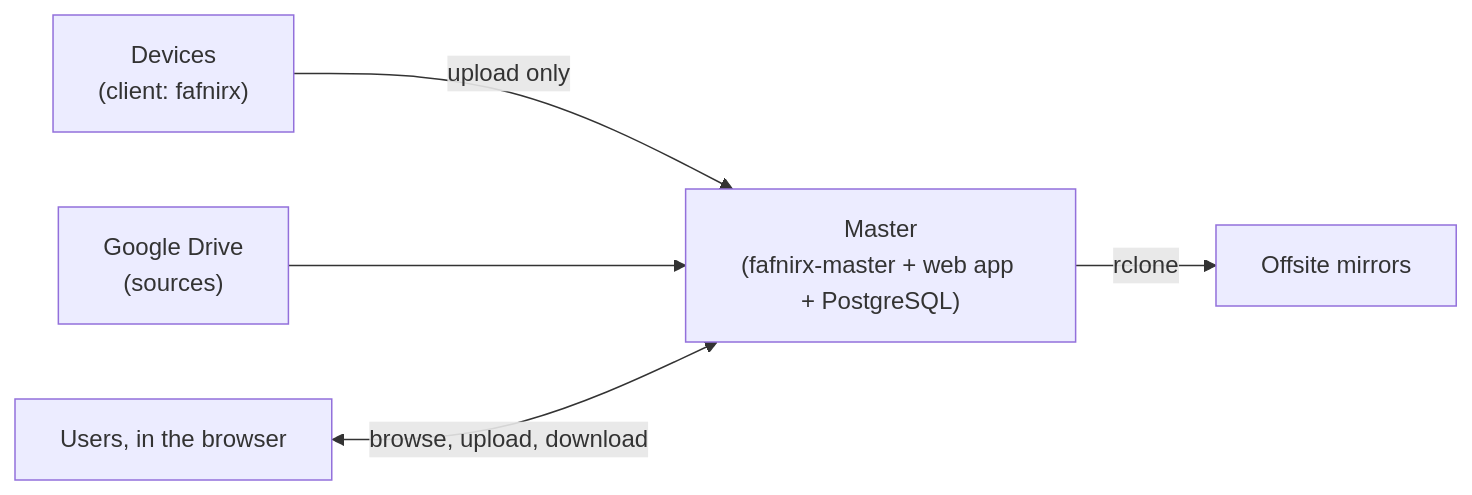
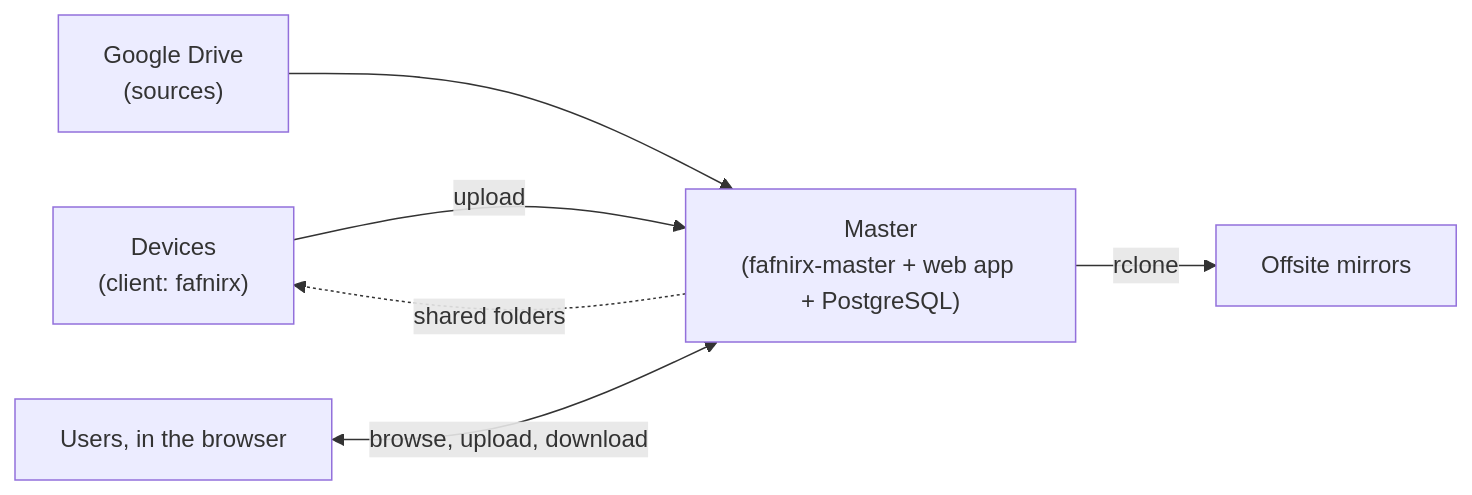
The diagram in README.md (jameelhamdan/fafnirx), drawn with Mermaid before and after one commit. The commit also changed other lines of this file and 79 other files, not shown here.

````diff
--- a/README.md
+++ b/README.md
@@ -7,7 +7,8 @@
 ```mermaid
 flowchart LR
-    D["Devices<br/>(client: fafnirx)"] -->|"upload only"| M["Master<br/>(fafnirx-master + web app + PostgreSQL)"]
+    D["Devices<br/>(client: fafnirx)"] -->|"upload"| M["Master<br/>(fafnirx-master + web app + PostgreSQL)"]
+    M -.->|"shared folders"| D
     G["Google Drive<br/>(sources)"] --> M
     U["Users, in the browser"] <-->|"browse, upload, download"| M
     M -->|"rclone"| O["Offsite mirrors"]
 ```
````
